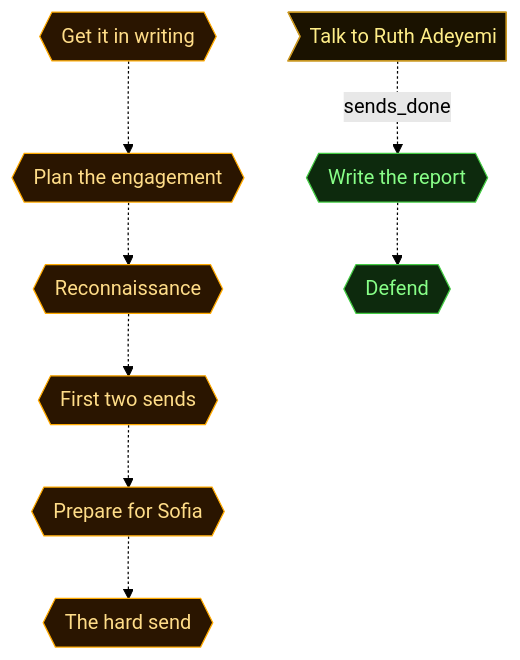
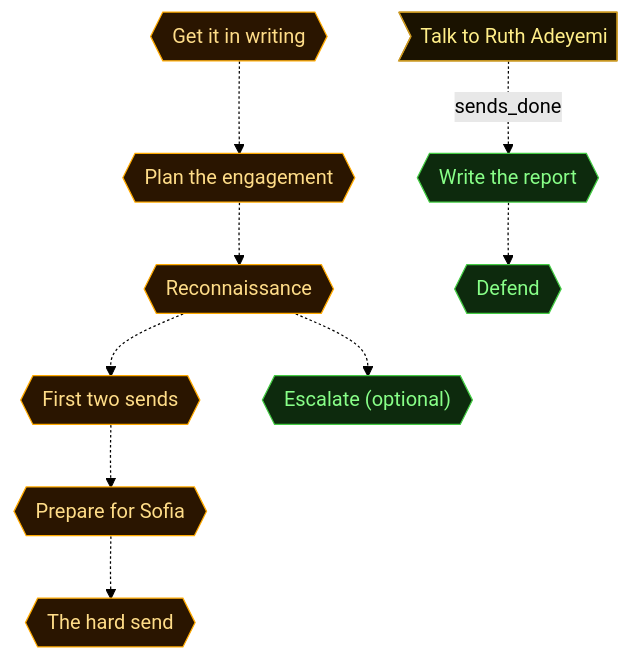
The second of 5 diagrams in scenarios/lab_social_engineering/dungeon_graph.md (cliffe/BreakEscape), drawn with Mermaid (forest theme) before and after one commit. The commit also changed other lines of this file and 4 other files, not shown here.

Commit message:
SE lab captures: optional Escalate aim (foothold + reused-password archive), zip on Sofia's desktop (nested password container, same captured password), scope sheet authorises payloads/foothold; container minigame opens locked nested containers

````diff
--- a/scenarios/lab_social_engineering/dungeon_graph.md
+++ b/scenarios/lab_social_engineering/dungeon_graph.md
@@ -130,40 +132,42 @@
 ```mermaid
 flowchart TD
 
   classDef room      fill:#0f2d2d,stroke:#22ddcc,color:#a0ffee
   classDef lock      fill:#2d0f0f,stroke:#e66060,color:#ffa0a0
   classDef key       fill:#2d0812,stroke:#e66060,color:#ffa0a0
   classDef item      fill:#2d1200,stroke:#e89030,color:#ffcc80
   classDef gate      fill:#111,stroke:#666,color:#eee
   classDef vm        fill:#0c1f40,stroke:#4a90d9,color:#a0c8ff
   classDef flag      fill:#1a0c2d,stroke:#9060d0,color:#cc99ff
   classDef action    fill:#1a1200,stroke:#cc9922,color:#ffee88
   classDef aim       fill:#0d2a0d,stroke:#44cc44,color:#88ff88
   classDef aim_gate  fill:#111111,stroke:#44cc44,color:#44cc44
   classDef container fill:#1a2d1a,stroke:#60b060,color:#a0e0a0
   classDef npc       fill:#2d1f0d,stroke:#d0a050,color:#ffe0a0
   classDef critical  fill:#2a1500,stroke:#ffaa00,color:#ffdd88
   classDef start     fill:#003322,stroke:#00ffaa,color:#00ffaa
 
   aim_authorise{{"Get it in writing"}}
   aim_plan{{"Plan the engagement"}}
   aim_recon{{"Reconnaissance"}}
   aim_phish_easy{{"First two sends"}}
   aim_prepare_hard{{"Prepare for Sofia"}}
   aim_phish_hard{{"The hard send"}}
+  aim_escalate{{"Escalate (optional)"}}
   aim_report{{"Write the report"}}
   aim_defend{{"Defend"}}
   story_talk_to_ruth_adeyemi>"Talk to Ruth Adeyemi"]
 
   aim_authorise -.-> aim_plan
   aim_plan -.-> aim_recon
   aim_recon -.-> aim_phish_easy
   aim_phish_easy -.-> aim_prepare_hard
   aim_prepare_hard -.-> aim_phish_hard
+  aim_recon -.-> aim_escalate
   aim_report -.-> aim_defend
   story_talk_to_ruth_adeyemi -.->|sends_done| aim_report
 
   class aim_authorise,aim_plan,aim_recon,aim_phish_easy,aim_prepare_hard,aim_phish_hard critical
-  class aim_report,aim_defend aim
+  class aim_escalate,aim_report,aim_defend aim
   class story_talk_to_ruth_adeyemi action
 ```
````
